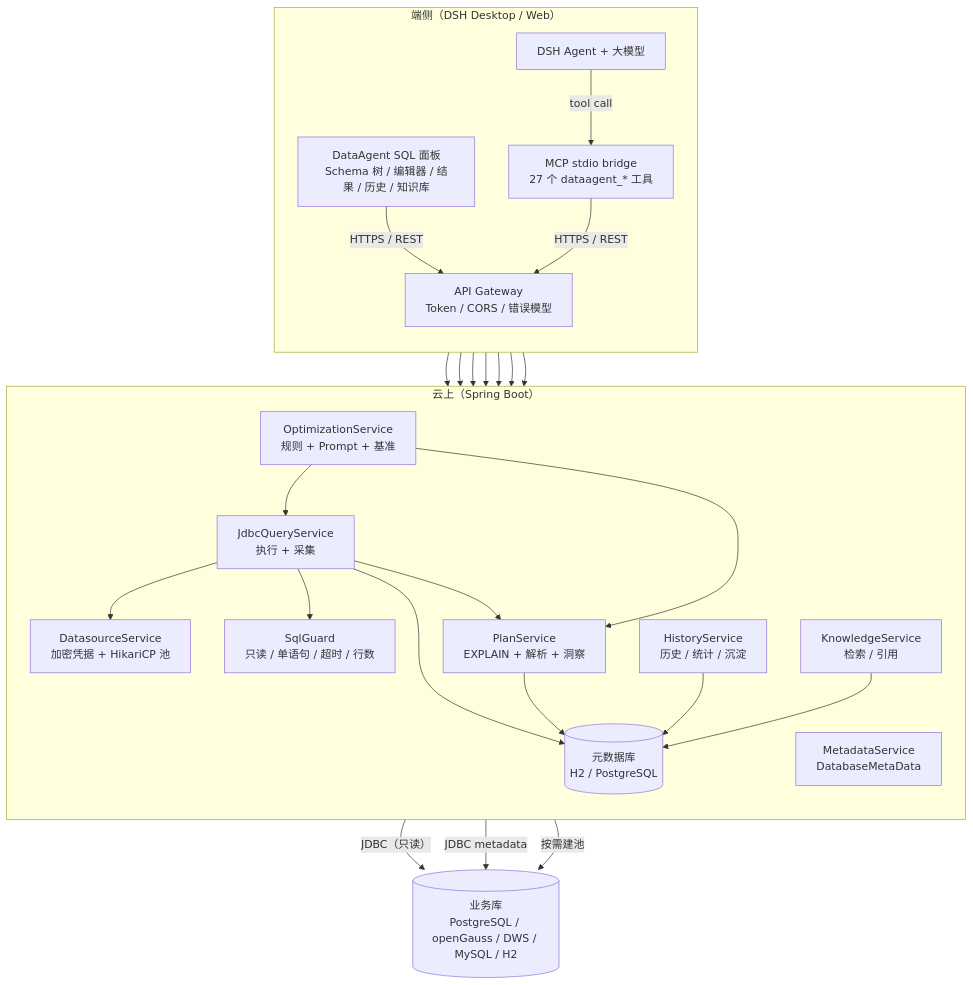
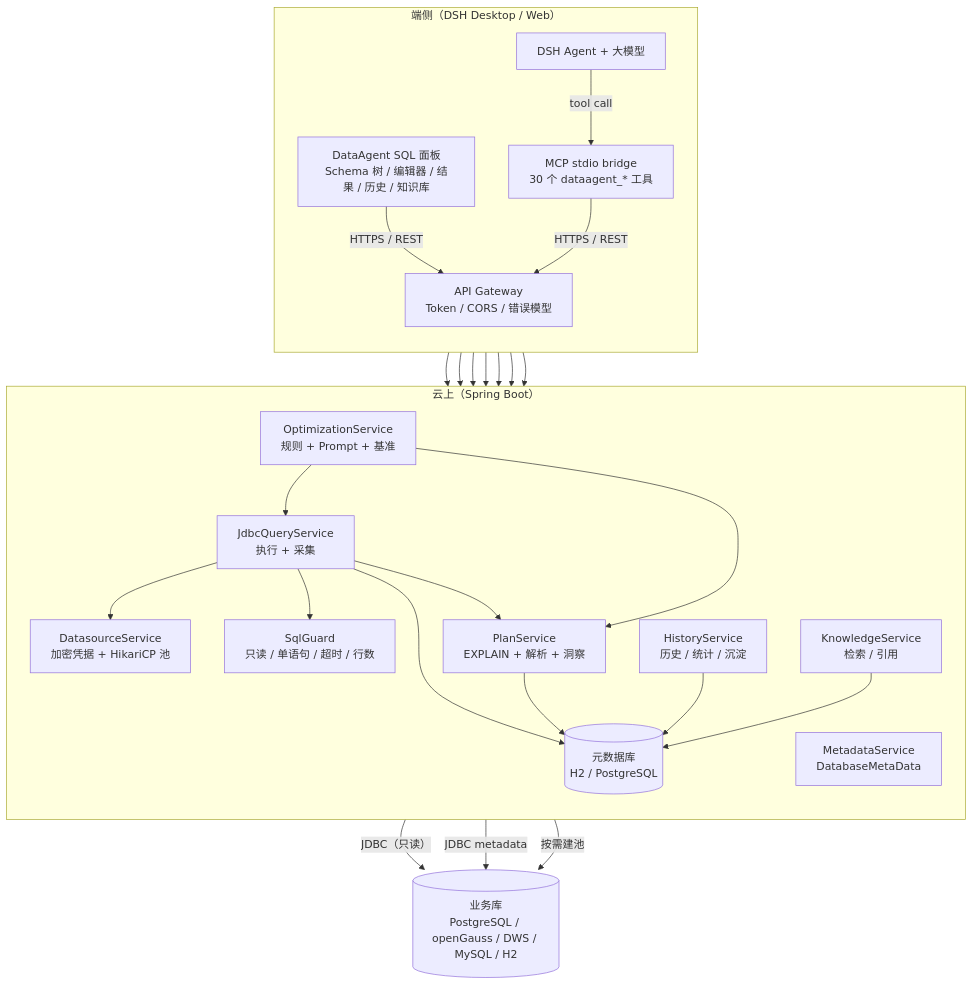
One commit to whllowp/DataAgent changed the first of 6 diagrams in docs/ARCHITECTURE.md. Above: the diagram before and after it, drawn with Mermaid. The commit also changed other lines of this file and 26 other files, not shown here.

````diff
--- a/docs/ARCHITECTURE.md
+++ b/docs/ARCHITECTURE.md
@@ -25,47 +25,47 @@
 ```mermaid
 flowchart TB
   subgraph Edge["端侧（DSH Desktop / Web）"]
     direction TB
     Panel["DataAgent SQL 面板<br/>Schema 树 / 编辑器 / 结果 / 历史 / 知识库"]
     DSH["DSH Agent + 大模型"]
-    MCP["MCP stdio bridge<br/>27 个 dataagent_* 工具"]
+    MCP["MCP stdio bridge<br/>30 个 dataagent_* 工具"]
     Panel -->|"HTTPS / REST"| Gateway
     DSH -->|"tool call"| MCP
     MCP -->|"HTTPS / REST"| Gateway
   end
 
   subgraph Cloud["云上（Spring Boot）"]
     direction TB
     Gateway["API Gateway<br/>Token / CORS / 错误模型"]
     DS["DatasourceService<br/>加密凭据 + HikariCP 池"]
     Meta["MetadataService<br/>DatabaseMetaData"]
     Guard["SqlGuard<br/>只读 / 单语句 / 超时 / 行数"]
     Exec["JdbcQueryService<br/>执行 + 采集"]
     Plan["PlanService<br/>EXPLAIN + 解析 + 洞察"]
     Hist["HistoryService<br/>历史 / 统计 / 沉淀"]
     KB["KnowledgeService<br/>检索 / 引用"]
     Opt["OptimizationService<br/>规则 + Prompt + 基准"]
     Store[("元数据库<br/>H2 / PostgreSQL")]
     Gateway --> DS
     Gateway --> Meta
     Gateway --> Guard
     Gateway --> Exec
     Gateway --> Hist
     Gateway --> KB
     Gateway --> Opt
     Exec --> Guard
     Exec --> DS
     Exec --> Plan
     Exec --> Store
     Plan --> Store
     Hist --> Store
     KB --> Store
     Opt --> Exec
     Opt --> Plan
   end
 
   DB[("业务库<br/>PostgreSQL / openGauss / DWS / MySQL / H2")]
   Exec -->|"JDBC（只读）"| DB
   Meta -->|"JDBC metadata"| DB
   DS -->|"按需建池"| DB
 ```
````
